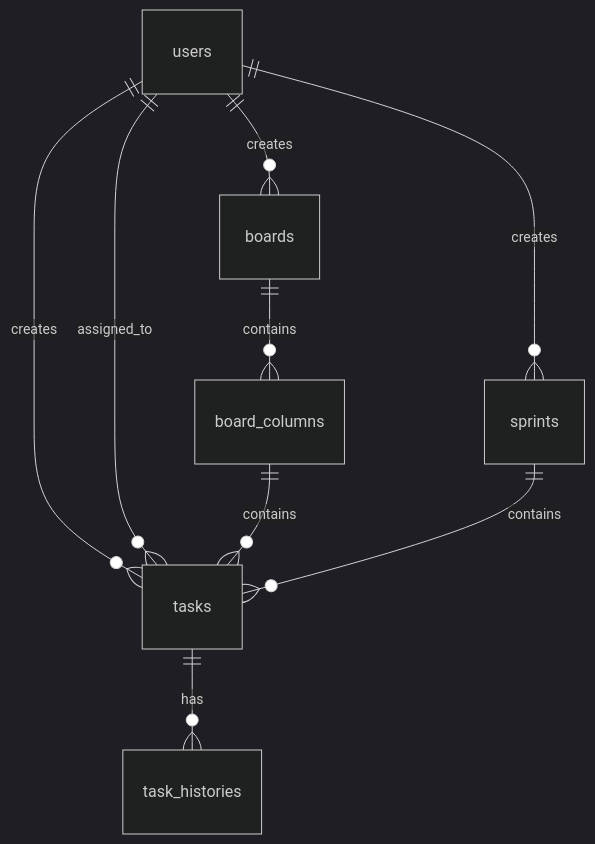
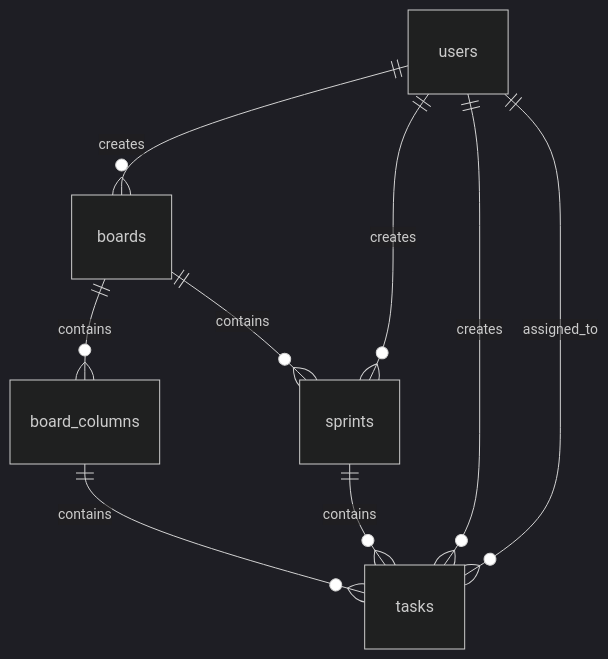
Before and after one commit to yorkdick/gira: the diagram in doc/design/basic-design/database.md, drawn with Mermaid (dark theme). The commit also changed other lines of this file and 107 other files, not shown here.

````diff
--- a/doc/design/basic-design/database.md
+++ b/doc/design/basic-design/database.md
@@ -110,11 +99,11 @@
 ```mermaid
 erDiagram
     users ||--o{ boards : creates
     users ||--o{ sprints : creates
     users ||--o{ tasks : creates
     users ||--o{ tasks : assigned_to
     boards ||--o{ board_columns : contains
+    boards ||--o{ sprints : contains
     board_columns ||--o{ tasks : contains
     sprints ||--o{ tasks : contains
-    tasks ||--o{ task_histories : has
 ```
````
